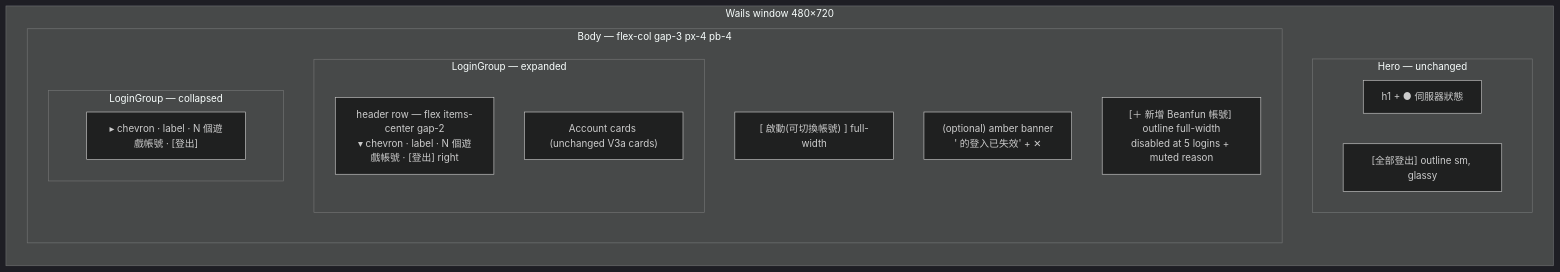
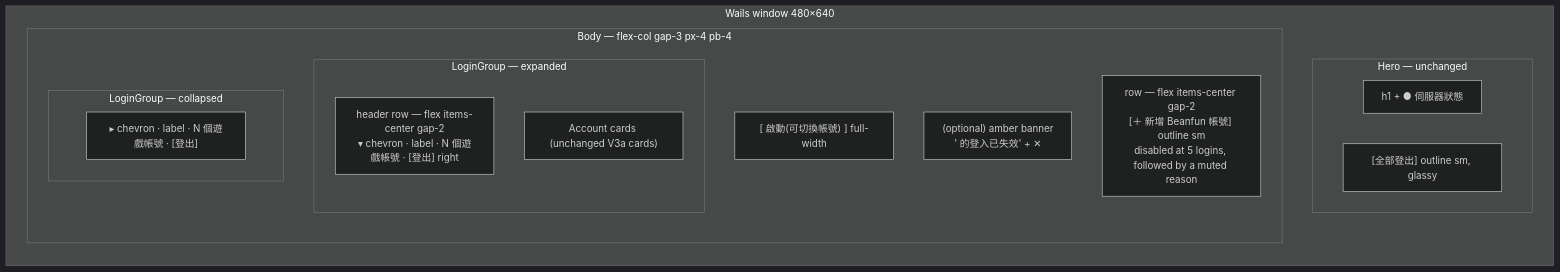
One commit to haohow123/beanfun-launcher changed the fourth of 4 diagrams in docs/ui-mockups.md. Above: the diagram before and after it, drawn with Mermaid (dark theme). The commit also changed other lines of this file and 12 other files, not shown here.

````diff
--- a/docs/ui-mockups.md
+++ b/docs/ui-mockups.md
@@ -174,25 +174,25 @@
 ```mermaid
 flowchart TB
-    subgraph win [Wails window 480×720]
+    subgraph win [Wails window 480×640]
         direction TB
         subgraph hero [Hero — unchanged]
             direction LR
             gameblock["h1 + ● 伺服器狀態"]
             logoutall["[全部登出] outline sm, glassy"]
         end
         subgraph body [Body — flex-col gap-3 px-4 pb-4]
             direction TB
             spawn["[ 啟動(可切換帳號) ] full-width"]
             notice["(optional) amber banner<br/>'<label> 的登入已失效' + ✕"]
             subgraph g1 [LoginGroup — expanded]
                 direction TB
                 h1row["header row — flex items-center gap-2<br/>▾ chevron · label · N 個遊戲帳號 · [登出] right"]
                 cards1["Account cards (unchanged V3a cards)"]
             end
             subgraph g2 [LoginGroup — collapsed]
                 h2row["▸ chevron · label · N 個遊戲帳號 · [登出]"]
             end
-            add["[＋ 新增 Beanfun 帳號] outline full-width<br/>disabled at 5 logins + muted reason"]
+            add["row — flex items-center gap-2<br/>[＋ 新增 Beanfun 帳號] outline sm<br/>disabled at 5 logins, followed by a muted reason"]
         end
     end
 ```
````
